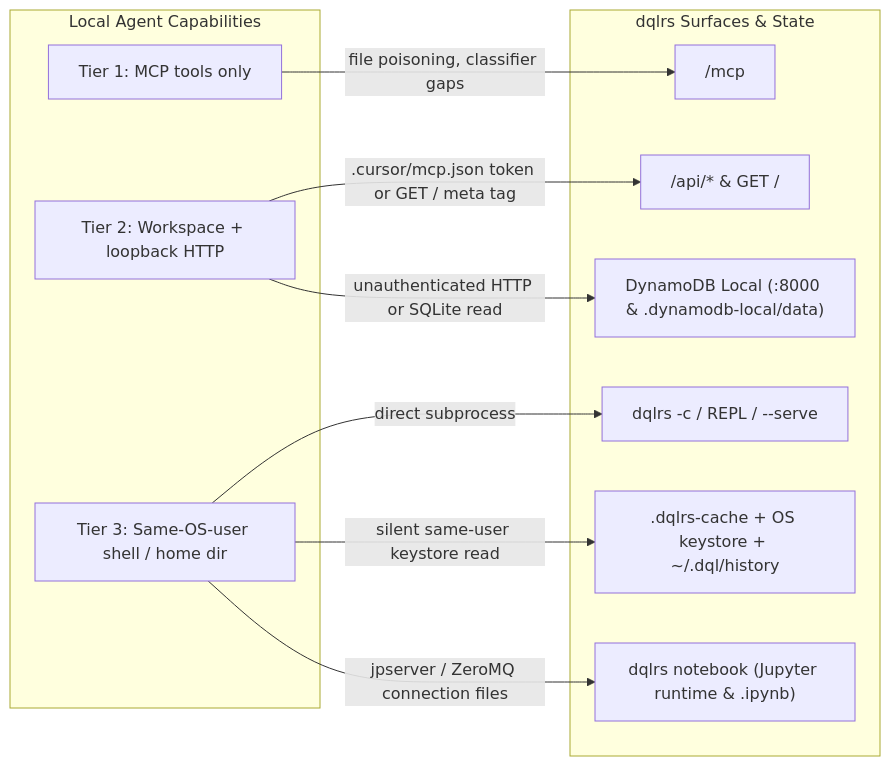
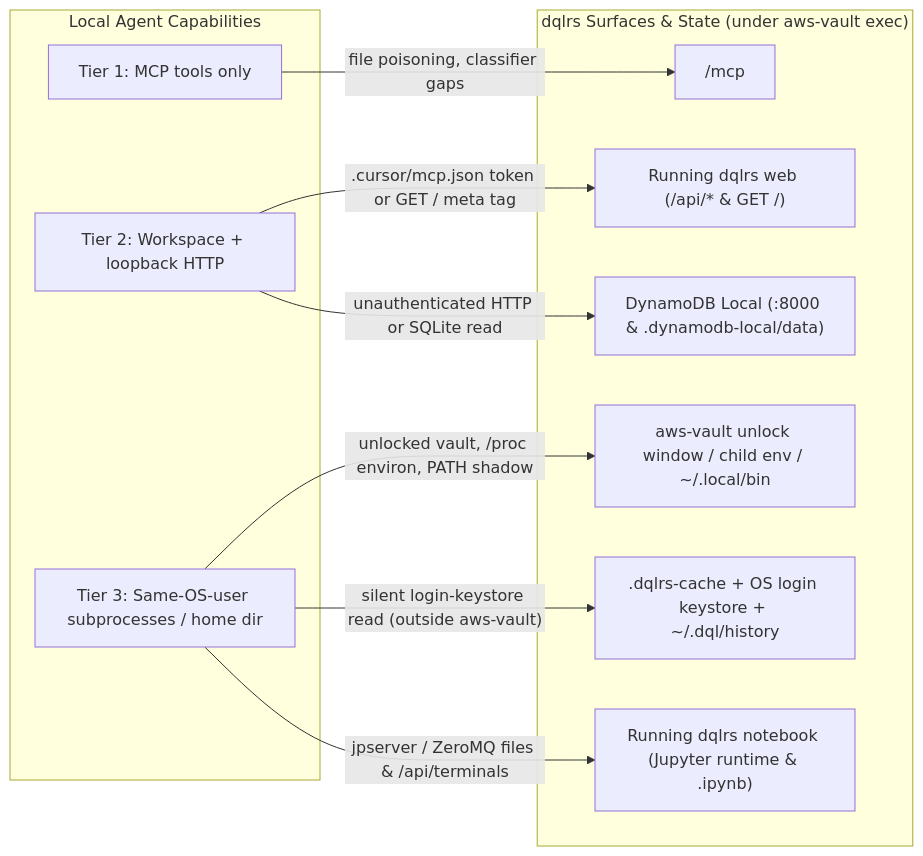
Before and after one commit to jspreddy/dql: the diagram in rust-docs/security/attacks/README.md, drawn with Mermaid. The commit also changed other lines of this file and 4 other files, not shown here.

Commit message:
Prune security attacks for aws-vault exec credential vending

````diff
--- a/rust-docs/security/attacks/README.md
+++ b/rust-docs/security/attacks/README.md
@@ -24,24 +31,24 @@
 ```mermaid
 flowchart LR
   subgraph AgentTiers["Local Agent Capabilities"]
     T1["Tier 1: MCP tools only"]
     T2["Tier 2: Workspace + loopback HTTP"]
-    T3["Tier 3: Same-OS-user shell / home dir"]
+    T3["Tier 3: Same-OS-user subprocesses / home dir"]
   end
 
-  subgraph Surfaces["dqlrs Surfaces & State"]
+  subgraph Surfaces["dqlrs Surfaces & State (under aws-vault exec)"]
     MCP["/mcp"]
-    API["/api/* & GET /"]
-    Serve["dqlrs -c / REPL / --serve"]
-    Cache[".dqlrs-cache + OS keystore + ~/.dql/history"]
+    API["Running dqlrs web (/api/* & GET /)"]
+    Vault["aws-vault unlock window / child env / ~/.local/bin"]
+    Cache[".dqlrs-cache + OS login keystore + ~/.dql/history"]
     Dyn["DynamoDB Local (:8000 & .dynamodb-local/data)"]
-    NB["dqlrs notebook (Jupyter runtime & .ipynb)"]
+    NB["Running dqlrs notebook (Jupyter runtime & .ipynb)"]
   end
 
   T1 -->|"file poisoning, classifier gaps"| MCP
   T2 -->|".cursor/mcp.json token or GET / meta tag"| API
   T2 -->|"unauthenticated HTTP or SQLite read"| Dyn
-  T3 -->|"direct subprocess"| Serve
-  T3 -->|"silent same-user keystore read"| Cache
-  T3 -->|"jpserver / ZeroMQ connection files"| NB
+  T3 -->|"unlocked vault, /proc environ, PATH shadow"| Vault
+  T3 -->|"silent login-keystore read (outside aws-vault)"| Cache
+  T3 -->|"jpserver / ZeroMQ files & /api/terminals"| NB
 ```
````
